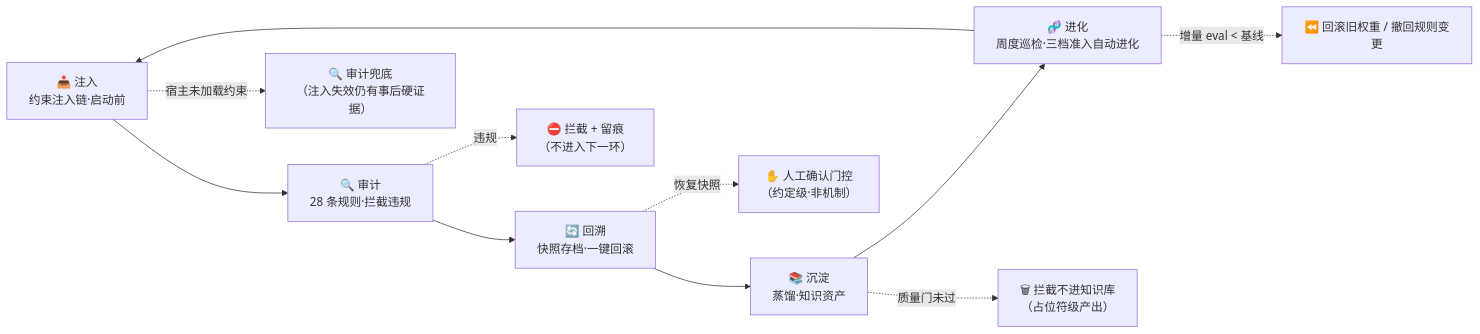
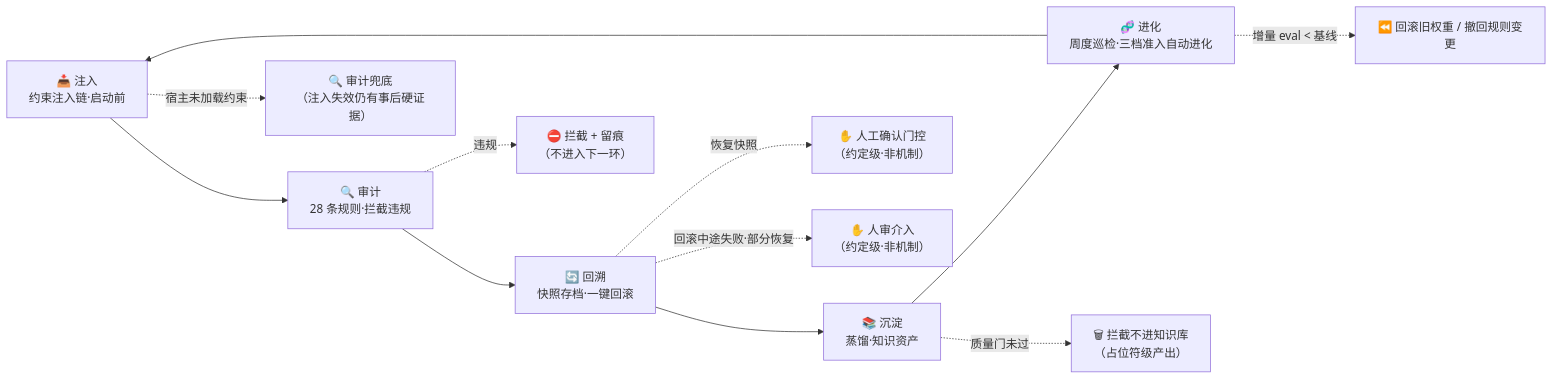
The ninth of 9 diagrams in docs/ARCHITECTURE.md (KongFangXun/sofagent), drawn with Mermaid before and after one commit. The commit also changed other lines of this file and 11 other files, not shown here.

First line of the commit message:
fix(docs): 核心文档族修复（LIMITATIONS/PHILOSOPHY/ARCHITECTURE/WIKI/HANDBOOK/guides）

````diff
--- a/docs/ARCHITECTURE.md
+++ b/docs/ARCHITECTURE.md
@@ -1072,13 +1072,14 @@
 ```mermaid
 graph LR
     A["📥 注入<br/>约束注入链·启动前"] --> B["🔍 审计<br/>28 条规则·拦截违规"]
     B --> C["🔄 回溯<br/>快照存档·一键回滚"]
     C --> D["📚 沉淀<br/>蒸馏·知识资产"]
     D --> E["🧬 进化<br/>周度巡检·三档准入自动进化"]
     E --> A
     B -.->|违规| BX["⛔ 拦截 + 留痕<br/>（不进入下一环）"]
     C -.->|恢复快照| CX["✋ 人工确认门控<br/>（约定级·非机制）"]
+    C -.->|回滚中途失败·部分恢复| CY["✋ 人审介入<br/>（约定级·非机制）"]
     D -.->|质量门未过| DX["🗑 拦截不进知识库<br/>（占位符级产出）"]
     E -.->|增量 eval < 基线| EX["⏪ 回滚旧权重 / 撤回规则变更"]
     A -.->|宿主未加载约束| AX["🔍 审计兜底<br/>（注入失效仍有事后硬证据）"]
 ```
````
